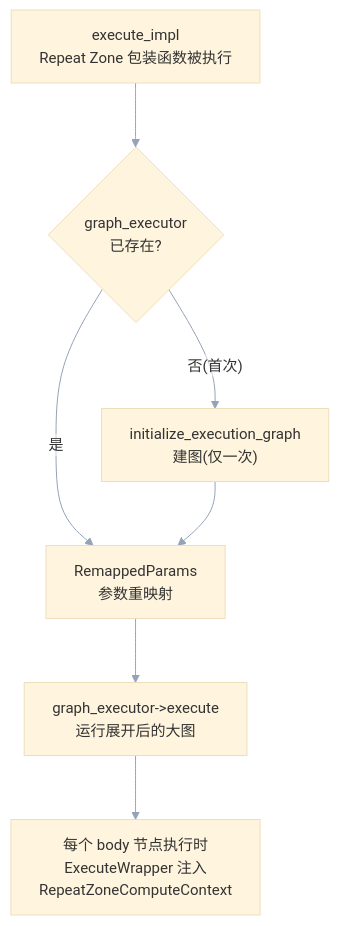
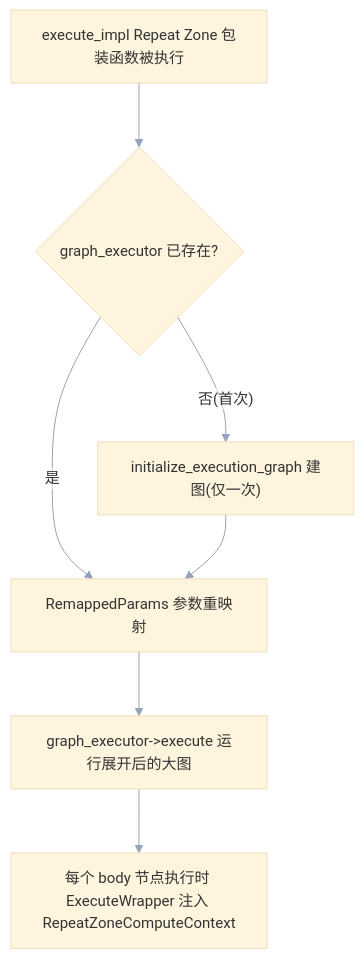
The first of 5 diagrams in 杂/markdown/重复区域-dsh/03-几何节点执行架构/03-执行图按迭代展开.md (yunkezengren/blender-.vscode), drawn with Mermaid before and after one commit. The commit also changed other lines of this file and 27 other files, not shown here.

````diff
--- a/杂/markdown/重复区域-dsh/03-几何节点执行架构/03-执行图按迭代展开.md
+++ b/杂/markdown/重复区域-dsh/03-几何节点执行架构/03-执行图按迭代展开.md
@@ -87,17 +83,17 @@
 ```mermaid
 %%{init: {"theme":"base","themeVariables":{"fontFamily":"\"Segoe UI\",\"Microsoft YaHei\",sans-serif","fontSize":"15px","lineColor":"#94A3B8","edgeLabelBackground":"#FFFFFF","clusterBkg":"#F8FAFC","clusterBorder":"#CBD5E1"},"flowchart":{"htmlLabels":false,"curve":"basis","nodeSpacing":52,"rankSpacing":64,"padding":14,"diagramPadding":16,"useMaxWidth":true},"sequence":{"useMaxWidth":true,"wrap":true,"mirrorActors":false,"messageMargin":36}}}%%
 flowchart TB
-    A["execute_impl<br/>Repeat Zone 包装函数被执行"]:::input
-    B{"graph_executor<br/>已存在?"}:::abstraction
-    C["initialize_execution_graph<br/>建图(仅一次)"]:::compute
-    D["RemappedParams<br/>参数重映射"]:::abstraction
-    E["graph_executor->execute<br/>运行展开后的大图"]:::compute
-    F["每个 body 节点执行时<br/>ExecuteWrapper 注入<br/>RepeatZoneComputeContext"]:::data
+    A["execute_impl Repeat Zone 包装函数被执行"]:::input
+    B{"graph_executor 已存在?"}:::abstraction
+    C["initialize_execution_graph 建图(仅一次)"]:::compute
+    D["RemappedParams 参数重映射"]:::abstraction
+    E["graph_executor->execute 运行展开后的大图"]:::compute
+    F["每个 body 节点执行时 ExecuteWrapper 注入 RepeatZoneComputeContext"]:::data
 
     A --> B
     B -- "否(首次)" --> C
     B -- "是" --> D
     C --> D
     D --> E
     E --> F
 ```
````
